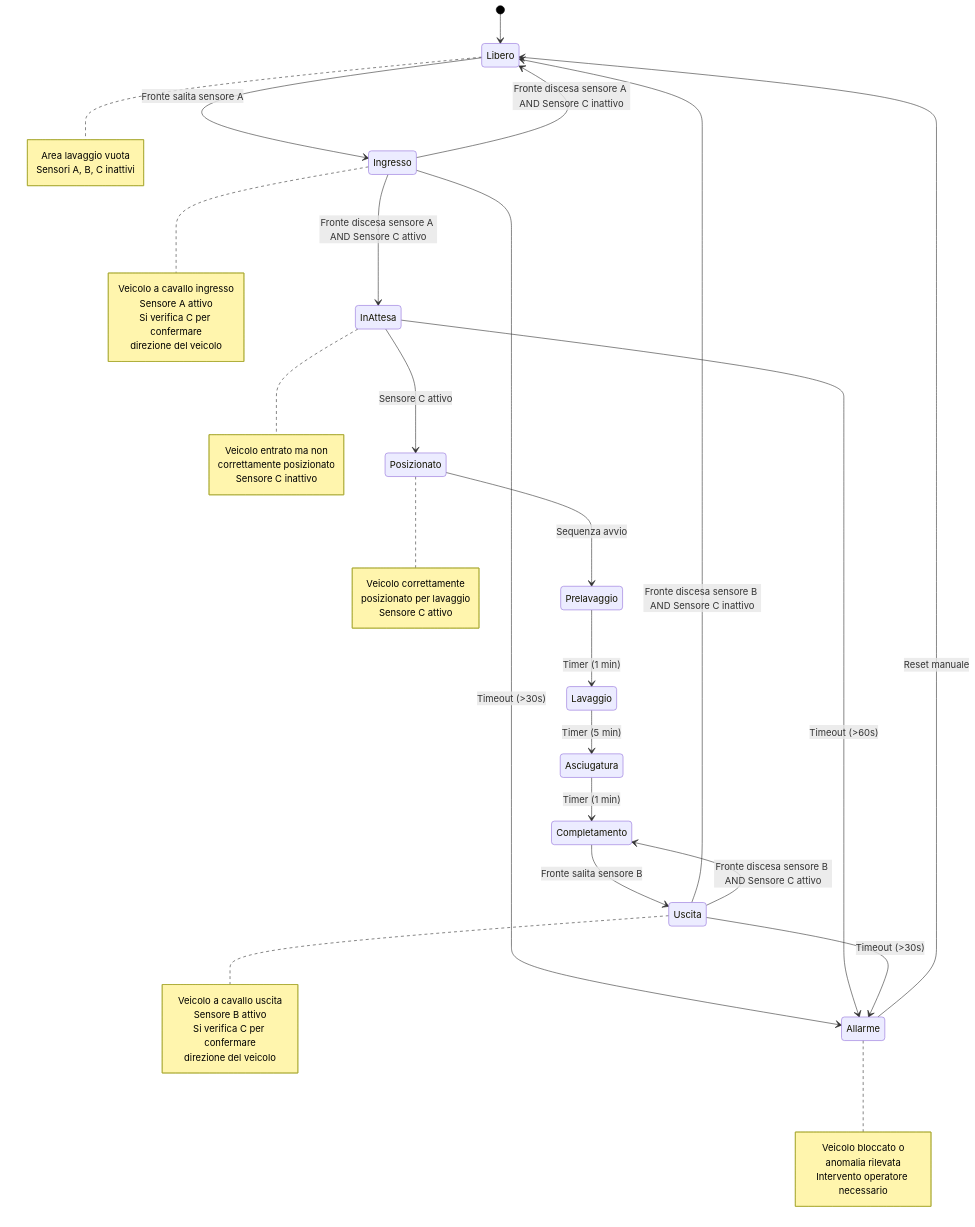
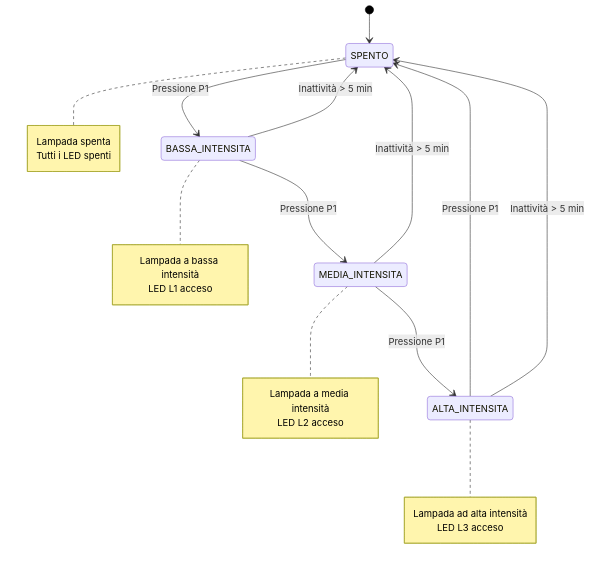
The diagram in luci.md (sebastianomelita/ArduinoBareMetal), drawn with Mermaid before and after one commit. The commit also changed other lines of this file, not shown here.

````diff
--- a/luci.md
+++ b/luci.md
@@ -38,64 +49,34 @@
 ```mermaid
 %%{init: {'theme': 'default', 'themeVariables': { 'primaryColor': '#ffffff', 'primaryTextColor': '#000000', 'primaryBorderColor': '#000000', 'lineColor': '#000000', 'secondaryColor': '#f4f4f4', 'tertiaryColor': '#ffffff' }}}%%
 stateDiagram-v2
-
-    [*] --> Libero
+    [*] --> SPENTO
     
-    Libero --> Ingresso: Fronte salita sensore A
-    Ingresso --> InAttesa: Fronte discesa sensore A AND Sensore C attivo
-    Ingresso --> Libero: Fronte discesa sensore A AND Sensore C inattivo
-    Ingresso --> Allarme: Timeout (>30s)
+    SPENTO --> BASSA_INTENSITA: Pressione P1
+    BASSA_INTENSITA --> MEDIA_INTENSITA: Pressione P1
+    MEDIA_INTENSITA --> ALTA_INTENSITA: Pressione P1
+    ALTA_INTENSITA --> SPENTO: Pressione P1
     
-    InAttesa --> Posizionato: Sensore C attivo
-    InAttesa --> Allarme: Timeout (>60s)
+    BASSA_INTENSITA --> SPENTO: Inattività > 5 min
+    MEDIA_INTENSITA --> SPENTO: Inattività > 5 min
+    ALTA_INTENSITA --> SPENTO: Inattività > 5 min
     
-    Posizionato --> Prelavaggio: Sequenza avvio
-    
-    Prelavaggio --> Lavaggio: Timer (1 min)
-    Lavaggio --> Asciugatura: Timer (5 min)
-    Asciugatura --> Completamento: Timer (1 min)
-    
-    Completamento --> Uscita: Fronte salita sensore B
-    Uscita --> Libero: Fronte discesa sensore B AND Sensore C inattivo
-    Uscita --> Completamento: Fronte discesa sensore B AND Sensore C attivo
-    Uscita --> Allarme: Timeout (>30s)
-    
-    Allarme --> Libero: Reset manuale
-    
-    note right of Libero
-        Area lavaggio vuota
-        Sensori A, B, C inattivi
+    note right of SPENTO
+        Lampada spenta
+        Tutti i LED spenti
     end note
     
-    note right of Ingresso
-        Veicolo a cavallo ingresso
-        Sensore A attivo
-        Si verifica C per confermare
-        direzione del veicolo
+    note right of BASSA_INTENSITA
+        Lampada a bassa intensità
+        LED L1 acceso
     end note
     
-    note right of InAttesa
-        Veicolo entrato ma non
-        correttamente posizionato
-        Sensore C inattivo
+    note right of MEDIA_INTENSITA
+        Lampada a media intensità
+        LED L2 acceso
     end note
     
-    note right of Posizionato
-        Veicolo correttamente 
-        posizionato per lavaggio
-        Sensore C attivo
-    end note
-    
-    note right of Uscita
-        Veicolo a cavallo uscita
-        Sensore B attivo
-        Si verifica C per confermare
-        direzione del veicolo
-    end note
-    
-    note right of Allarme
-        Veicolo bloccato o
-        anomalia rilevata
-        Intervento operatore necessario
+    note right of ALTA_INTENSITA
+        Lampada ad alta intensità
+        LED L3 acceso
     end note
 ```
````
